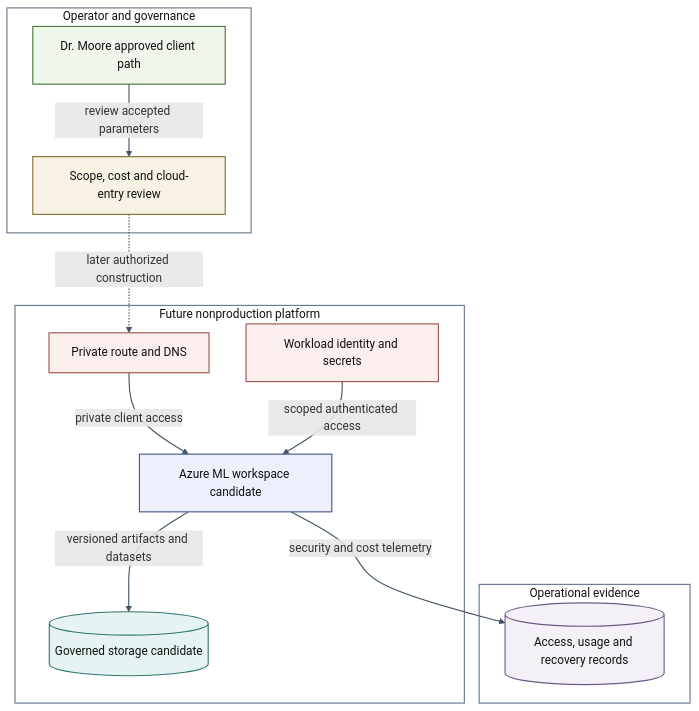
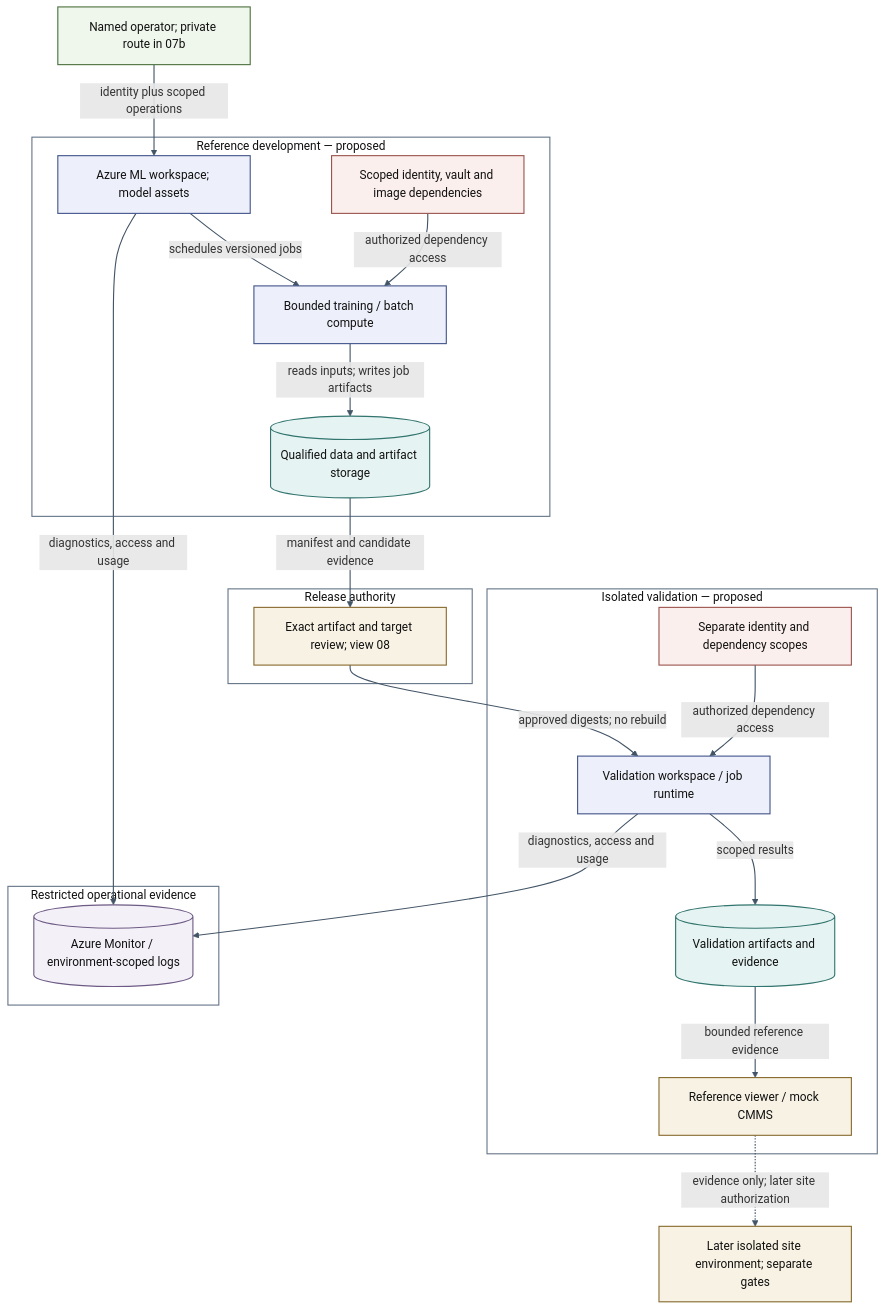
The diagram in docs/diagrams/07_deployment_candidate.mmd (Douglas-Moore-Engineering/pulse-bearing-health), drawn with Mermaid before and after one commit. The commit also changed 38 other files, not shown here.

Commit message:
Expand pre-Azure MLOps, release recovery and deployment architecture

```diff
--- a/docs/diagrams/07_deployment_candidate.mmd
+++ b/docs/diagrams/07_deployment_candidate.mmd
@@ -1,38 +1,52 @@
-%% Azure Capability Mapping — Proposed | Proposed design, not deployed | PULSE v0.1
+%% Proposed Azure Environment Topology | Proposed design; unimplemented | Pulse architecture v0.2
 flowchart TD
-subgraph sg_operator["Operator and governance"]
- operator["Dr. Moore approved client path"]
- gate["Scope, cost and cloud-entry review"]
+operator["Named operator; private route in 07b"]
+subgraph sg_dev["Reference development — proposed"]
+  devws["Azure ML workspace; model assets"]
+  compute["Bounded training / batch compute"]
+  devstore[("Qualified data and artifact storage")]
+  devdeps["Scoped identity, vault and image dependencies"]
 end
-subgraph sg_platform["Future nonproduction platform"]
- network["Private route and DNS"]
- workspace["Azure ML workspace candidate"]
- storage[("Governed storage candidate")]
- identity["Workload identity and secrets"]
+subgraph sg_release["Release authority"]
+  release["Exact artifact and target review; view 08"]
 end
-subgraph sg_evidence["Operational evidence"]
- logs[("Access, usage and recovery records")]
+subgraph sg_val["Isolated validation — proposed"]
+  valws["Validation workspace / job runtime"]
+  valstore[("Validation artifacts and evidence")]
+  valdeps["Separate identity and dependency scopes"]
+  viewer["Reference viewer / mock CMMS"]
 end
-operator -->|"review accepted parameters"| gate
-gate -.->|"later authorized construction"| network
-network -->|"private client access"| workspace
-workspace -->|"versioned artifacts and datasets"| storage
-identity -->|"scoped authenticated access"| workspace
-workspace -->|"security and cost telemetry"| logs
+subgraph sg_evidence["Restricted operational evidence"]
+  logs[("Azure Monitor / environment-scoped logs")]
+end
+site["Later isolated site environment; separate gates"]
+operator -->|"identity plus scoped operations"| devws
+devws -->|"schedules versioned jobs"| compute
+devdeps -->|"authorized dependency access"| compute
+compute -->|"reads inputs; writes job artifacts"| devstore
+devstore -->|"manifest and candidate evidence"| release
+release -->|"approved digests; no rebuild"| valws
+valdeps -->|"authorized dependency access"| valws
+valws -->|"scoped results"| valstore
+valstore -->|"bounded reference evidence"| viewer
+devws -->|"diagnostics, access and usage"| logs
+valws -->|"diagnostics, access and usage"| logs
+viewer -.->|"evidence only; later site authorization"| site
 class operator human
-class gate policy
-class network,identity security
-class workspace model
-class storage data
+class devws,compute,valws model
+class devstore,valstore data
+class devdeps,valdeps security
+class release,viewer,site policy
 class logs evidence
   classDef source fill:#EAF3F8,stroke:#356079,stroke-width:1.5px,color:#111111
   classDef data fill:#E5F4F2,stroke:#32746E,stroke-width:1.5px,color:#111111
   classDef model fill:#EDF0FA,stroke:#42558B,stroke-width:1.5px,color:#111111
   classDef policy fill:#F8F2E4,stroke:#876A2D,stroke-width:1.5px,color:#111111
   classDef human fill:#EFF6EB,stroke:#4C713E,stroke-width:1.5px,color:#111111
   classDef evidence fill:#F3F0F8,stroke:#6E5B85,stroke-width:1.5px,color:#111111
   classDef security fill:#FBEFED,stroke:#9B534C,stroke-width:1.5px,color:#111111
-  style sg_operator fill:none,stroke:#657588,stroke-width:1.5px,color:#111111
-  style sg_platform fill:none,stroke:#657588,stroke-width:1.5px,color:#111111
+  style sg_dev fill:none,stroke:#657588,stroke-width:1.5px,color:#111111
+  style sg_release fill:none,stroke:#657588,stroke-width:1.5px,color:#111111
+  style sg_val fill:none,stroke:#657588,stroke-width:1.5px,color:#111111
   style sg_evidence fill:none,stroke:#657588,stroke-width:1.5px,color:#111111
   linkStyle default stroke:#425466,stroke-width:1.5px
```
